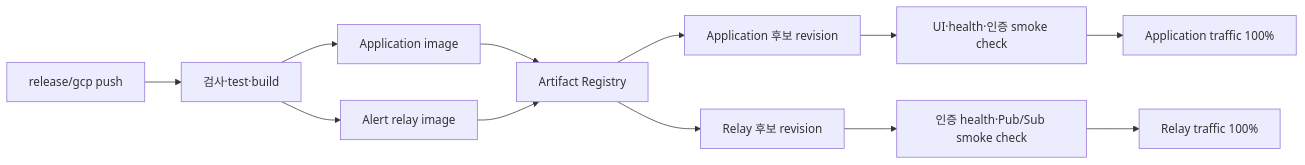
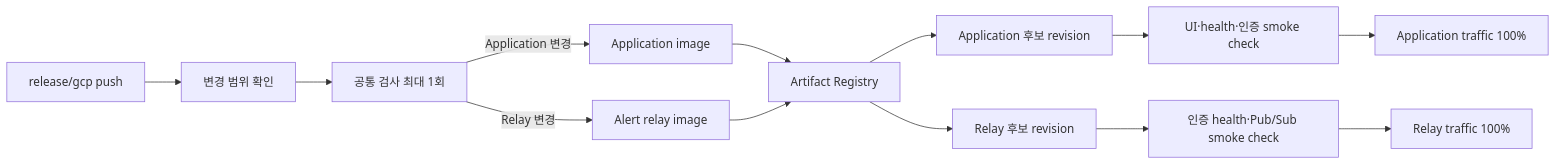
Before and after one commit to Sihyeon-Ji/trend-interpreter: the fourth of 4 diagrams in docs/architecture.md, drawn with Mermaid. The commit also changed 16 other files, not shown here.

````diff
--- a/docs/architecture.md
+++ b/docs/architecture.md
@@ -164,14 +164,15 @@
 ```mermaid
 flowchart LR
-  Push[release/gcp push] --> Check[검사·test·build]
-  Check --> AppImage[Application image]
-  Check --> RelayImage[Alert relay image]
+  Push[release/gcp push] --> Scope[변경 범위 확인]
+  Scope --> Check[공통 검사 최대 1회]
+  Check -->|Application 변경| AppImage[Application image]
+  Check -->|Relay 변경| RelayImage[Alert relay image]
   AppImage --> Registry[Artifact Registry]
   RelayImage --> Registry
   Registry --> AppCandidate[Application 후보 revision]
   Registry --> RelayCandidate[Relay 후보 revision]
   AppCandidate --> AppSmoke[UI·health·인증 smoke check]
   RelayCandidate --> RelaySmoke[인증 health·Pub/Sub smoke check]
   AppSmoke --> AppPromote[Application traffic 100%]
   RelaySmoke --> RelayPromote[Relay traffic 100%]
 ```
````
